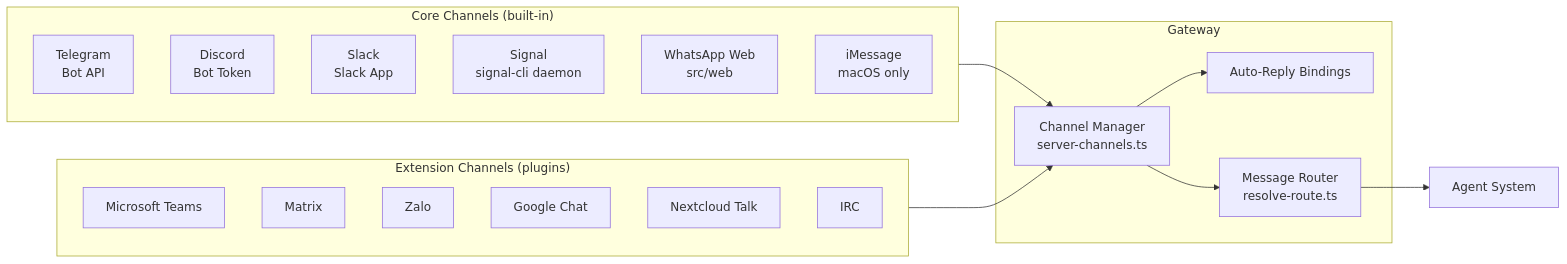
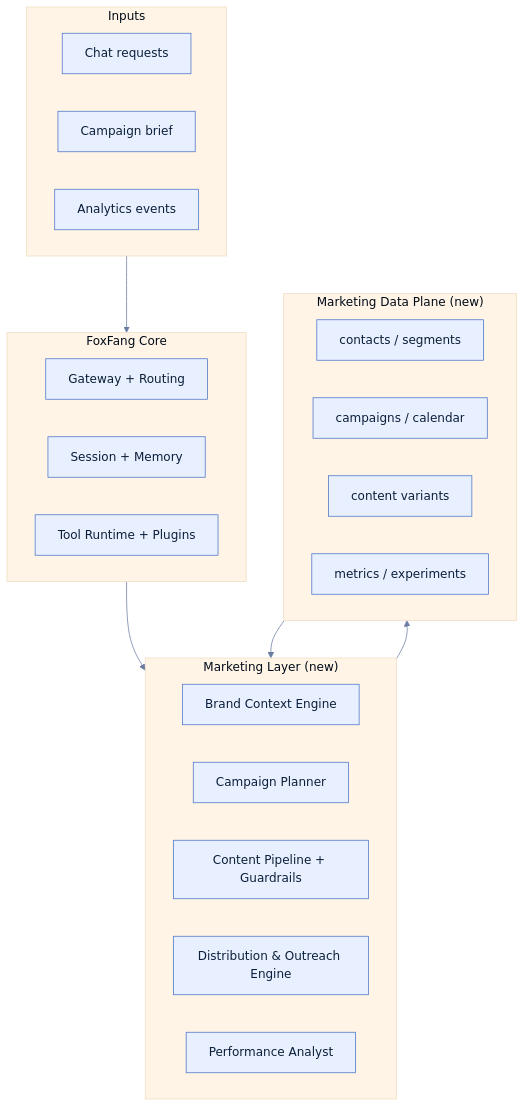
The second of 17 diagrams in docs/architecture-overview.md (louisdevzz/foxfang), drawn with Mermaid before and after one commit. The commit also changed other lines of this file and 313 other files, not shown here.

Commit message:
Remove outdated documentation for VPS hosting, Control UI, Dashboard, Web interface, TUI, and WebChat. These changes include the deletion of files that provided guidance on using these features, reflecting a shift in focus or updates in the project structure.

````diff
--- a/docs/architecture-overview.md
+++ b/docs/architecture-overview.md
@@ -224,32 +60,35 @@
 ```mermaid
-flowchart LR
-    subgraph Core["Core Channels (built-in)"]
-        TG["Telegram\nBot API"]
-        DC["Discord\nBot Token"]
-        SL["Slack\nSlack App"]
-        SG["Signal\nsignal-cli daemon"]
-        WA["WhatsApp Web\nsrc/web"]
-        IM["iMessage\nmacOS only"]
+%%{init: {'theme':'base','themeVariables': {'primaryColor':'#E8F0FF','primaryTextColor':'#0B1F3A','primaryBorderColor':'#4B74C9','lineColor':'#6B7DA3','secondaryColor':'#E9FFF4','tertiaryColor':'#FFF4E6','fontFamily':'Inter, system-ui, sans-serif'}}}%%
+flowchart TB
+    subgraph Input["Inputs"]
+        U1["Chat requests"]
+        U2["Campaign brief"]
+        U3["Analytics events"]
     end
 
-    subgraph Ext["Extension Channels (plugins)"]
-        MS["Microsoft Teams"]
-        MX["Matrix"]
-        ZL["Zalo"]
-        GT["Google Chat"]
-        NC["Nextcloud Talk"]
-        IRC["IRC"]
+    subgraph Core["FoxFang Core"]
+        G1["Gateway + Routing"]
+        G2["Session + Memory"]
+        G3["Tool Runtime + Plugins"]
     end
 
-    subgraph GW["Gateway"]
-        CM["Channel Manager\nserver-channels.ts"]
-        AR["Auto-Reply Bindings"]
-        RR["Message Router\nresolve-route.ts"]
+    subgraph Marketing["Marketing Layer (new)"]
+        M1["Brand Context Engine"]
+        M2["Campaign Planner"]
+        M3["Content Pipeline + Guardrails"]
+        M4["Distribution & Outreach Engine"]
+        M5["Performance Analyst"]
     end
 
-    Core --> CM
-    Ext --> CM
-    CM --> AR
-    CM --> RR
-    RR --> AgentSystem["Agent System"]
+    subgraph Data["Marketing Data Plane (new)"]
+        D1["contacts / segments"]
+        D2["campaigns / calendar"]
+        D3["content variants"]
+        D4["metrics / experiments"]
+    end
+
+    Input --> Core
+    Core --> Marketing
+    Marketing --> Data
+    Data --> Marketing
 ```
````
